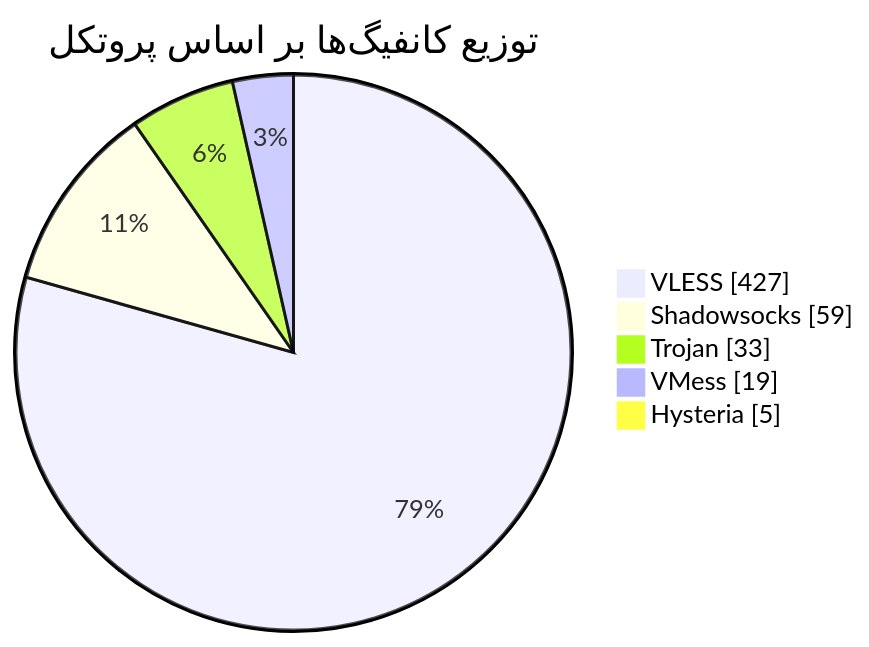
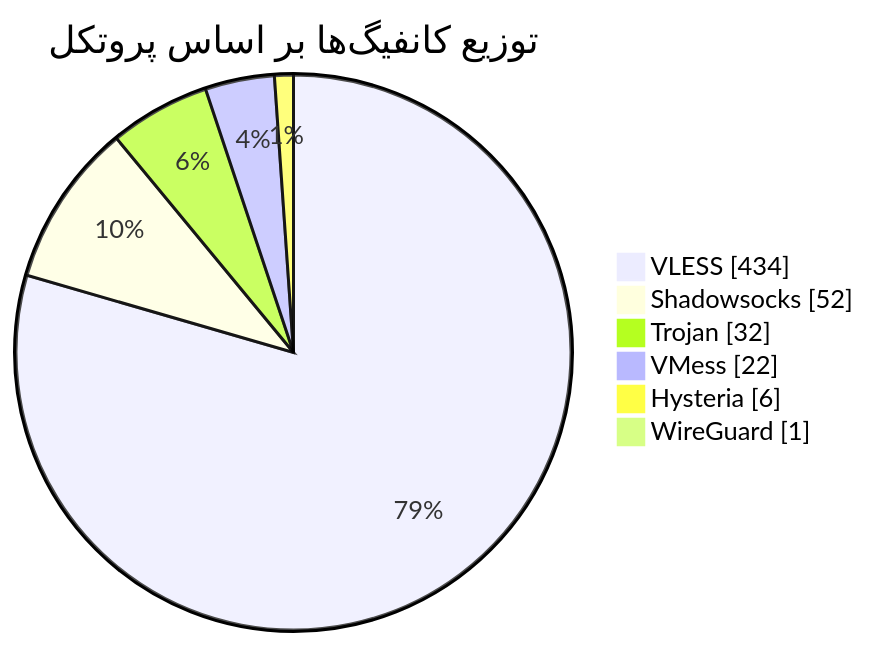
The diagram in README.md (Arian-Alijani/Somthing), drawn with Mermaid before and after one commit. The commit also changed other lines of this file and 85 other files, not shown here.

````diff
--- a/README.md
+++ b/README.md
@@ -47,9 +48,10 @@
 ```mermaid
 pie showData
     title توزیع کانفیگ‌ها بر اساس پروتکل
-    "VLESS" : 427
-    "Shadowsocks" : 59
-    "Trojan" : 33
-    "VMess" : 19
-    "Hysteria" : 5
+    "VLESS" : 434
+    "Shadowsocks" : 52
+    "Trojan" : 32
+    "VMess" : 22
+    "Hysteria" : 6
+    "WireGuard" : 1
 ```
````
